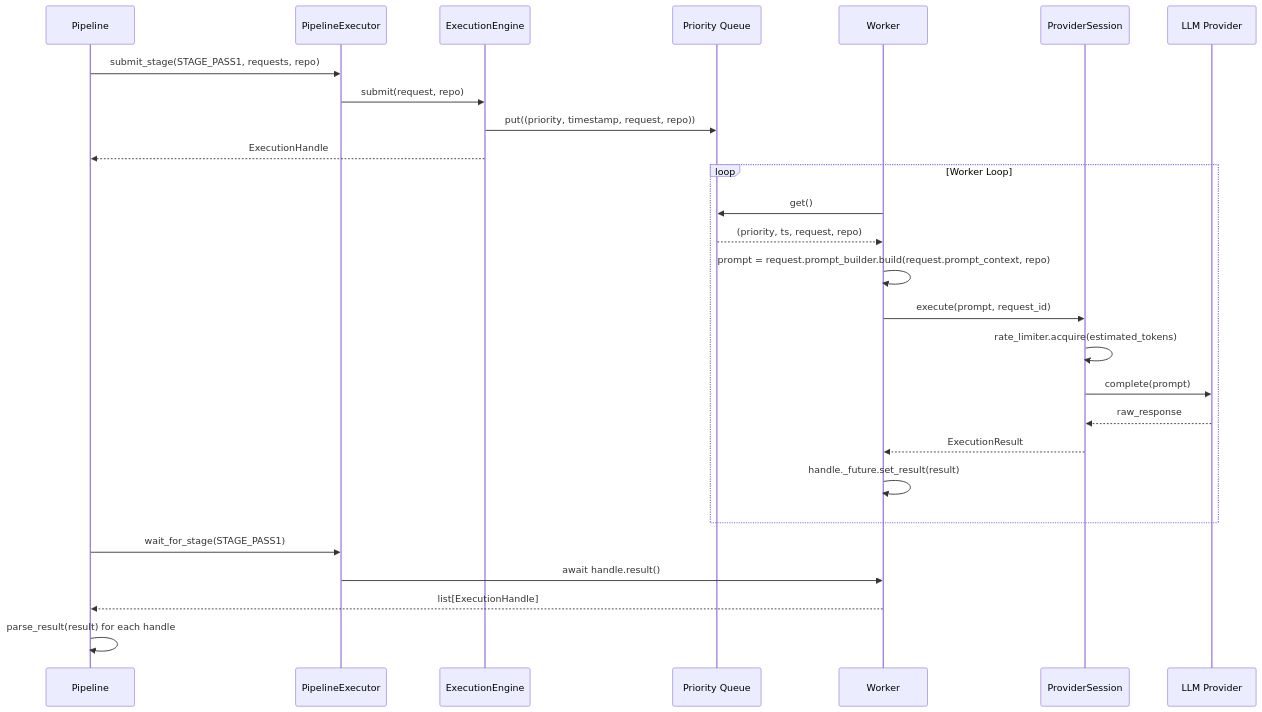
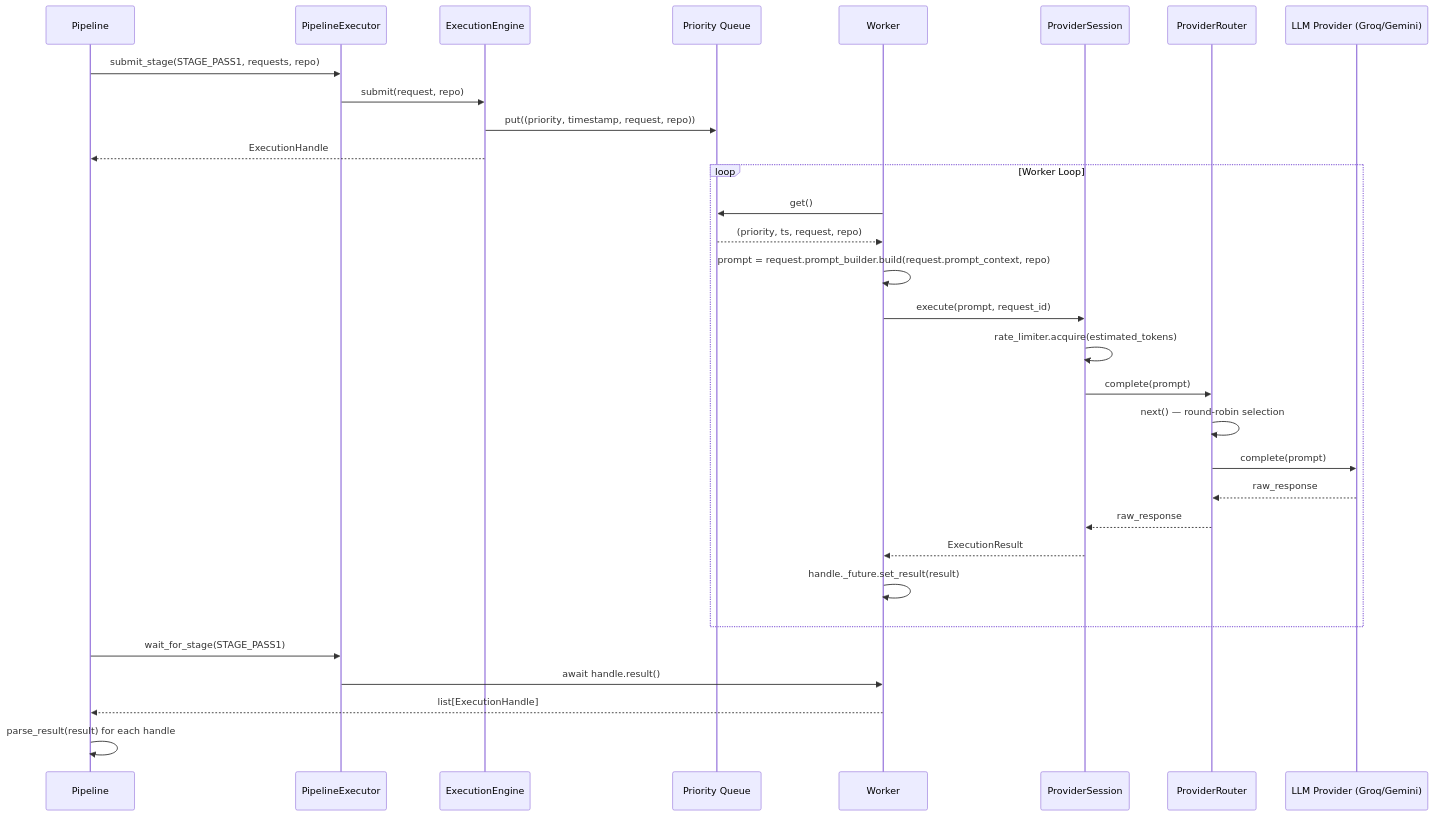
One commit to samm329-ui/Trimora_v2 changed the fifth of 13 diagrams in README.md. Above: the diagram before and after it, drawn with Mermaid. The commit also changed other lines of this file, not shown here.

Commit message:
docs: update README with ProviderRouter architecture and multi-key config

````diff
--- a/README.md
+++ b/README.md
@@ -270,32 +285,36 @@
 ```mermaid
 sequenceDiagram
     participant P as Pipeline
     participant PE as PipelineExecutor
     participant E as ExecutionEngine
     participant Q as Priority Queue
     participant W as Worker
     participant S as ProviderSession
-    participant L as LLM Provider
+    participant R as ProviderRouter
+    participant L as LLM Provider (Groq/Gemini)
 
     P->>PE: submit_stage(STAGE_PASS1, requests, repo)
     PE->>E: submit(request, repo)
     E->>Q: put((priority, timestamp, request, repo))
     E-->>P: ExecutionHandle
 
     loop Worker Loop
         W->>Q: get()
         Q-->>W: (priority, ts, request, repo)
         W->>W: prompt = request.prompt_builder.build(request.prompt_context, repo)
         W->>S: execute(prompt, request_id)
         S->>S: rate_limiter.acquire(estimated_tokens)
-        S->>L: complete(prompt)
-        L-->>S: raw_response
+        S->>R: complete(prompt)
+        R->>R: next() — round-robin selection
+        R->>L: complete(prompt)
+        L-->>R: raw_response
+        R-->>S: raw_response
         S-->>W: ExecutionResult
         W->>W: handle._future.set_result(result)
     end
 
     P->>PE: wait_for_stage(STAGE_PASS1)
     PE->>W: await handle.result()
     W-->>P: list[ExecutionHandle]
     P->>P: parse_result(result) for each handle
 ```
````
